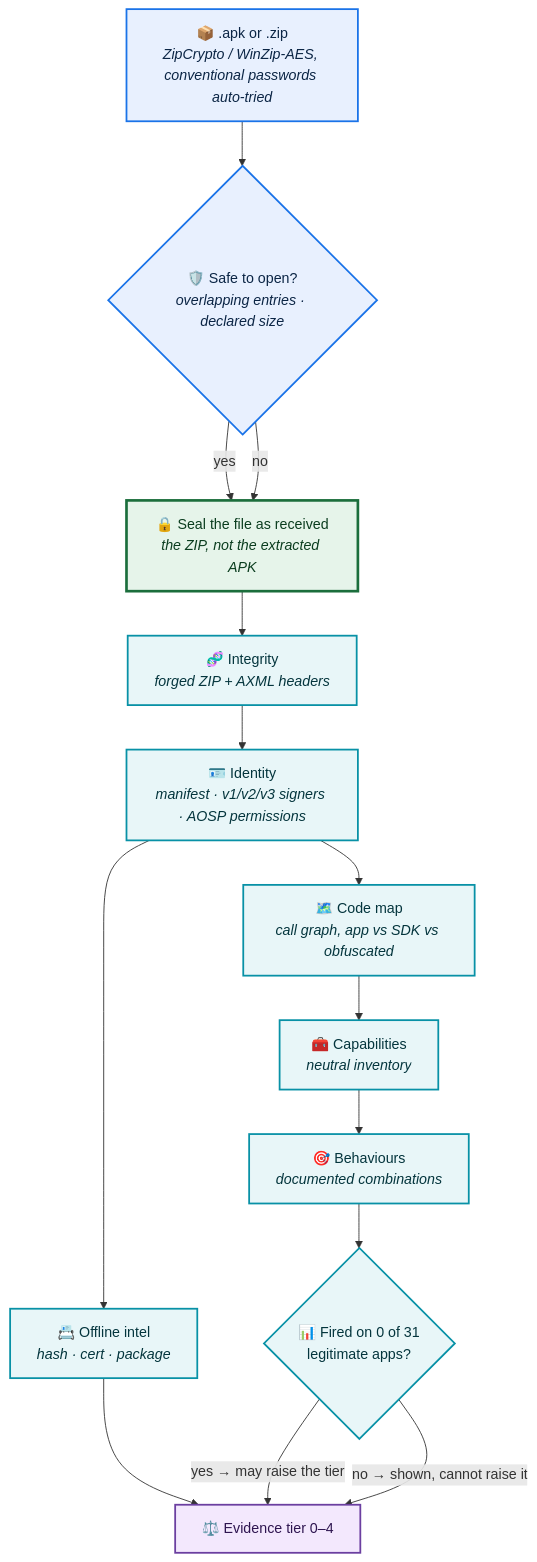
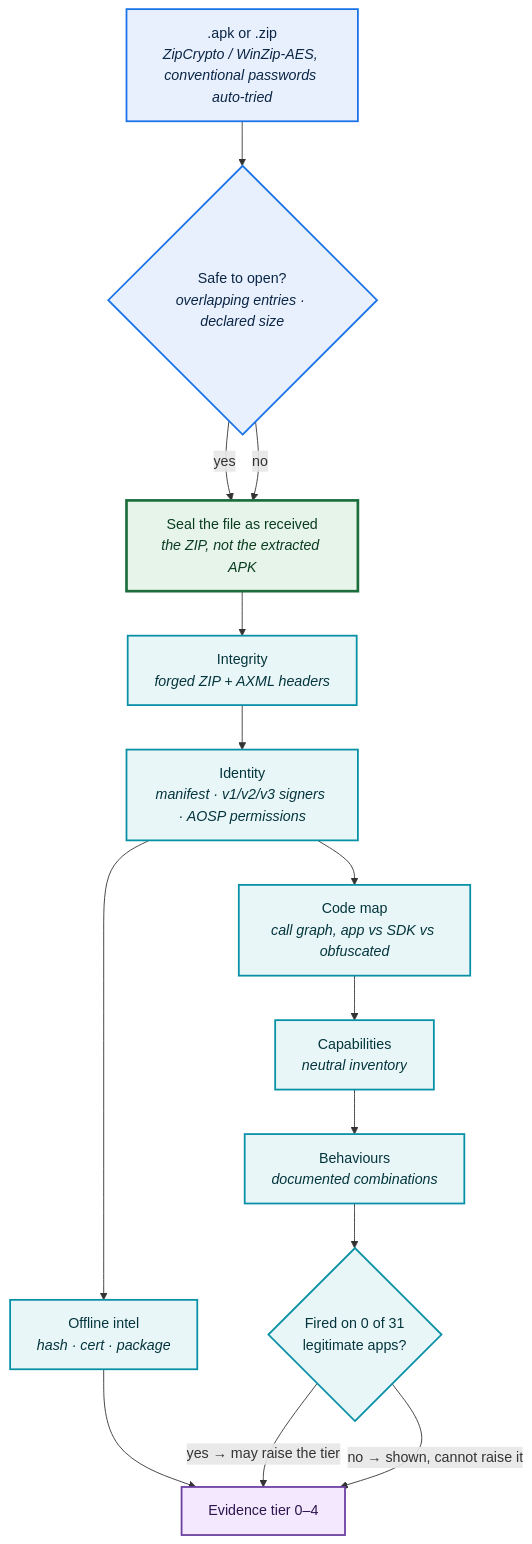
Before and after one commit to Anbu-00001/NetForensiq: the sixth of 10 diagrams in README.md, drawn with Mermaid. The commit also changed other lines of this file and 29 other files, not shown here.

````diff
--- a/README.md
+++ b/README.md
@@ -242,29 +271,29 @@
 ```mermaid
 flowchart TD
-    Z["📦 .apk or .zip<br/><i>ZipCrypto / WinZip-AES, conventional passwords auto-tried</i>"]
-    SAFE{"🛡️ Safe to open?<br/><i>overlapping entries · declared size</i>"}
-    SEAL["🔒 Seal the file as received<br/><i>the ZIP, not the extracted APK</i>"]
-    INT["🧬 Integrity<br/><i>forged ZIP + AXML headers</i>"]
-    ID["🪪 Identity<br/><i>manifest · v1/v2/v3 signers · AOSP permissions</i>"]
-    MAP["🗺️ Code map<br/><i>call graph, app vs SDK vs obfuscated</i>"]
-    CAP["🧰 Capabilities<br/><i>neutral inventory</i>"]
-    BEH["🎯 Behaviours<br/><i>documented combinations</i>"]
-    INTEL["📇 Offline intel<br/><i>hash · cert · package</i>"]
-    BASE{"📊 Fired on 0 of 31<br/>legitimate apps?"}
-    T["⚖️ Evidence tier 0–4"]
+    Z[".apk or .zip<br/><i>ZipCrypto / WinZip-AES, conventional passwords auto-tried</i>"]
+    SAFE{"Safe to open?<br/><i>overlapping entries · declared size</i>"}
+    SEAL["Seal the file as received<br/><i>the ZIP, not the extracted APK</i>"]
+    INT["Integrity<br/><i>forged ZIP + AXML headers</i>"]
+    ID["Identity<br/><i>manifest · v1/v2/v3 signers · AOSP permissions</i>"]
+    MAP["Code map<br/><i>call graph, app vs SDK vs obfuscated</i>"]
+    CAP["Capabilities<br/><i>neutral inventory</i>"]
+    BEH["Behaviours<br/><i>documented combinations</i>"]
+    INTEL["Offline intel<br/><i>hash · cert · package</i>"]
+    BASE{"Fired on 0 of 31<br/>legitimate apps?"}
+    T["Evidence tier 0–4"]
 
     Z --> SAFE -->|yes| SEAL --> INT --> ID --> MAP --> CAP --> BEH --> BASE
     SAFE -->|no| SEAL
     ID --> INTEL --> T
     BASE -->|"yes → may raise the tier"| T
     BASE -->|"no → shown, cannot raise it"| T
 
     classDef intake fill:#E8F0FE,stroke:#1A73E8,stroke-width:2px,color:#0B2545
     classDef seal fill:#E6F4EA,stroke:#1B6E3C,stroke-width:3px,color:#0B3D1F
     classDef parse fill:#E8F6F8,stroke:#0891A6,stroke-width:2px,color:#04353D
     classDef out fill:#F3E8FD,stroke:#6B3FA0,stroke-width:2px,color:#2E1550
     class Z,SAFE intake
     class SEAL seal
     class INT,ID,MAP,CAP,BEH,INTEL,BASE parse
     class T out
 ```
````
